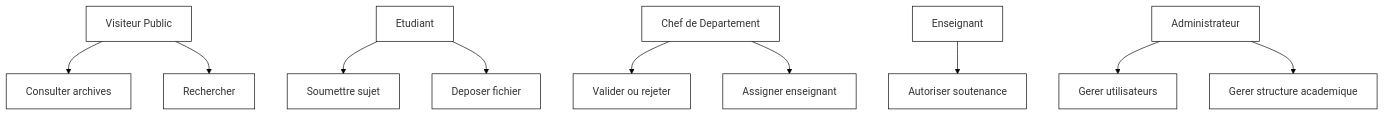
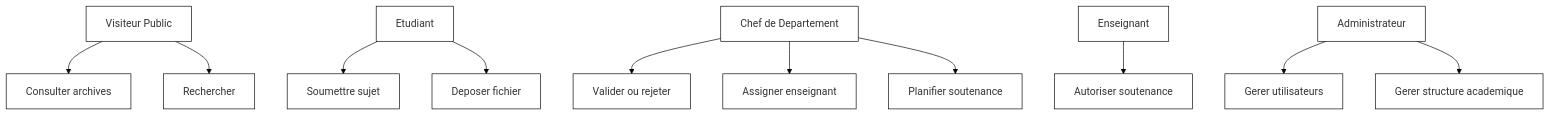
The first of 13 diagrams in DIAGRAMMES-PAR-FIGURE-NB.md (DavidMwangaza/TFC-Manager), drawn with Mermaid before and after one commit. The commit also changed other lines of this file and 34 other files, not shown here.

````diff
--- a/DIAGRAMMES-PAR-FIGURE-NB.md
+++ b/DIAGRAMMES-PAR-FIGURE-NB.md
@@ -8,13 +8,14 @@
 ```mermaid
 %%{init: {'theme':'base','themeVariables': {'background':'#ffffff','primaryColor':'#ffffff','primaryBorderColor':'#000000','lineColor':'#000000','textColor':'#000000'}}}%%
 graph TB
     A[Visiteur Public] --> U1[Consulter archives]
     A --> U2[Rechercher]
     B[Etudiant] --> U3[Soumettre sujet]
     B --> U4[Deposer fichier]
     C[Chef de Departement] --> U5[Valider ou rejeter]
     C --> U6[Assigner enseignant]
+    C --> U10[Planifier soutenance]
     D[Enseignant] --> U7[Autoriser soutenance]
     E[Administrateur] --> U8[Gerer utilisateurs]
     E --> U9[Gerer structure academique]
 ```
````
